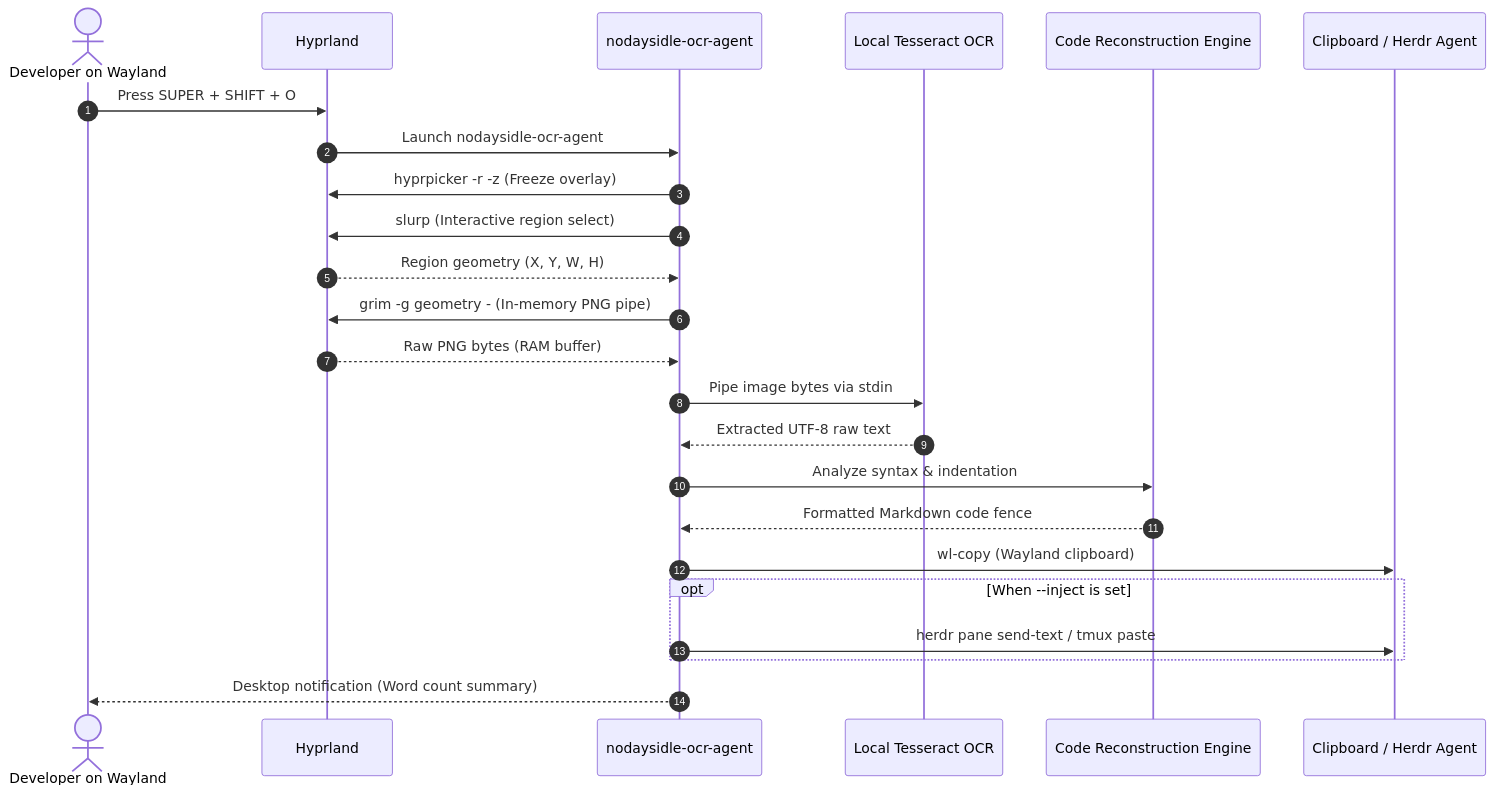
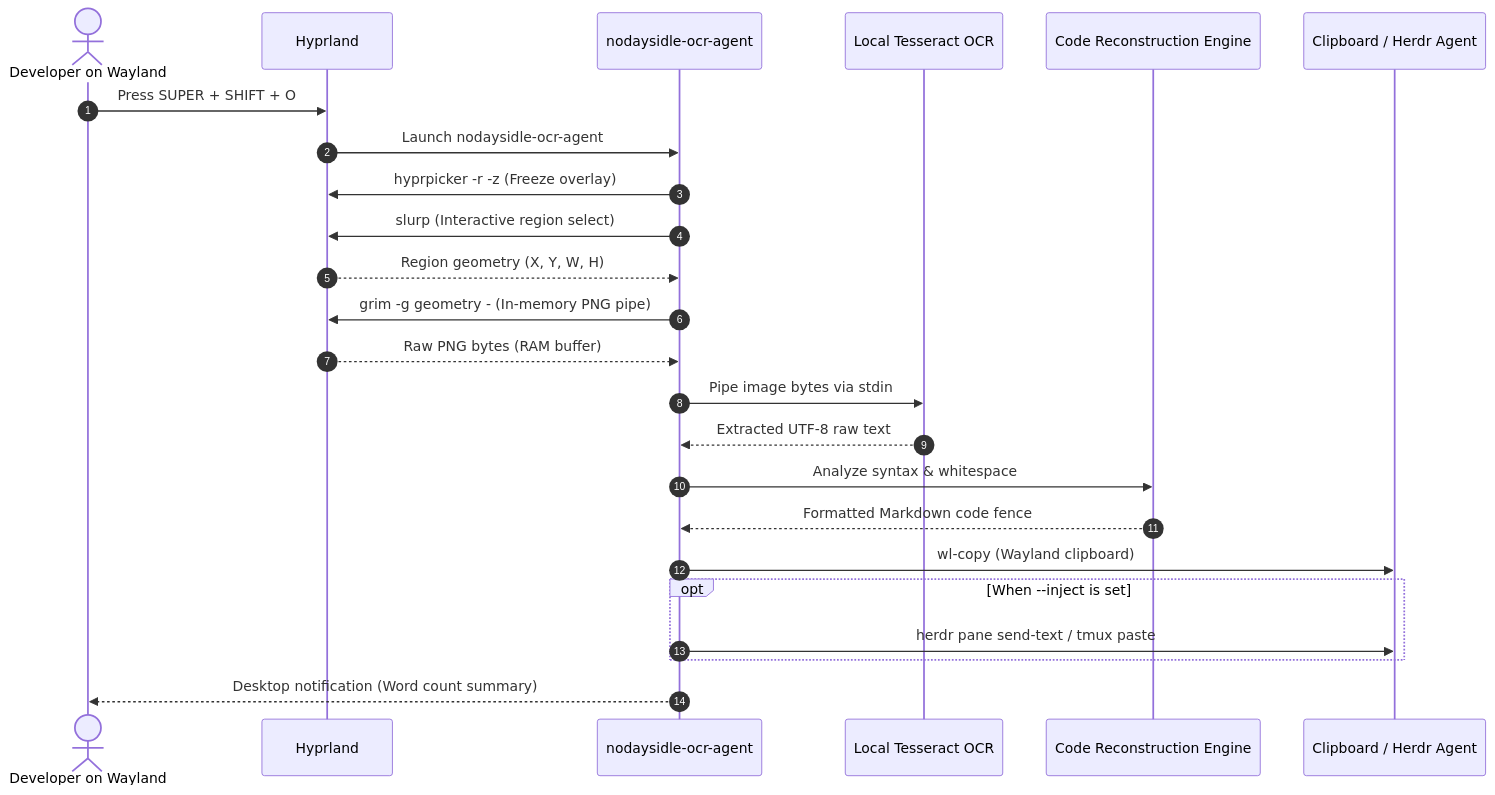
One commit to nodaysidle/nodaysidle-ocr-agent changed the diagram in README.md. Above: the diagram before and after it, drawn with Mermaid. The commit also changed other lines of this file and 15 other files, not shown here.

````diff
--- a/README.md
+++ b/README.md
@@ -28,27 +28,27 @@
 ```mermaid
 sequenceDiagram
     autonumber
     actor User as Developer on Wayland
     participant Compositor as Hyprland
     participant Core as nodaysidle-ocr-agent
     participant Engine as Local Tesseract OCR
     participant Formatter as Code Reconstruction Engine
     participant Output as Clipboard / Herdr Agent
 
     User->>Compositor: Press SUPER + SHIFT + O
     Compositor->>Core: Launch nodaysidle-ocr-agent
     Core->>Compositor: hyprpicker -r -z (Freeze overlay)
     Core->>Compositor: slurp (Interactive region select)
     Compositor-->>Core: Region geometry (X, Y, W, H)
     Core->>Compositor: grim -g geometry - (In-memory PNG pipe)
     Compositor-->>Core: Raw PNG bytes (RAM buffer)
     Core->>Engine: Pipe image bytes via stdin
     Engine-->>Core: Extracted UTF-8 raw text
-    Core->>Formatter: Analyze syntax & indentation
+    Core->>Formatter: Analyze syntax & whitespace
     Formatter-->>Core: Formatted Markdown code fence
     Core->>Output: wl-copy (Wayland clipboard)
     opt When --inject is set
         Core->>Output: herdr pane send-text / tmux paste
     end
     Core-->>User: Desktop notification (Word count summary)
 ```
````
